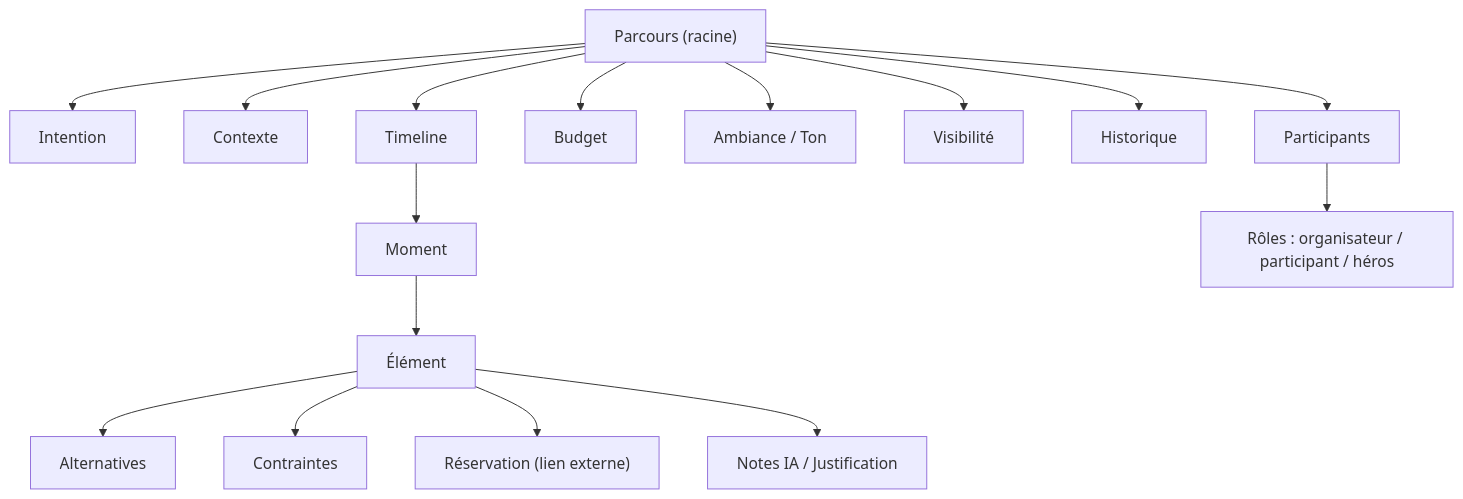
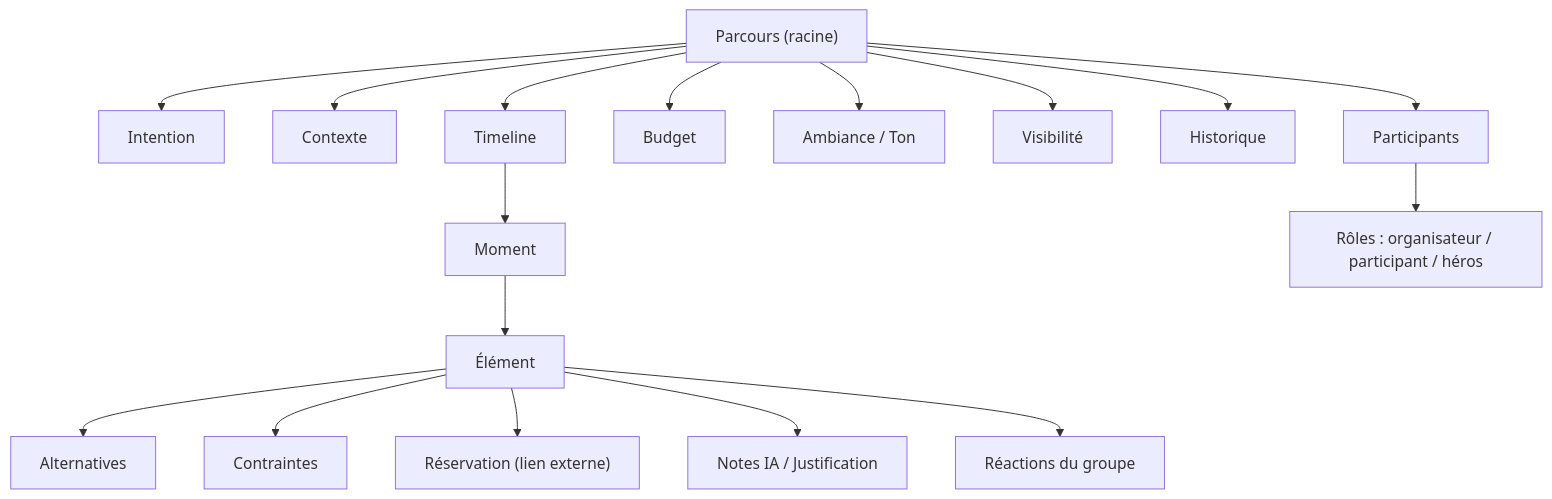
Before and after one commit to loties1533/experience-ai: the diagram in docs/06-modele-conceptuel.md, drawn with Mermaid. The commit also changed other lines of this file and 4 other files, not shown here.

````diff
--- a/docs/06-modele-conceptuel.md
+++ b/docs/06-modele-conceptuel.md
@@ -10,18 +10,19 @@
 ```mermaid
 graph TD
   P["Parcours (racine)"] --> I["Intention"]
   P --> C["Contexte"]
   P --> PA["Participants"]
   P --> B["Budget"]
   P --> AM["Ambiance / Ton"]
   P --> V["Visibilité"]
   P --> H["Historique"]
   P --> T["Timeline"]
   T --> M["Moment"]
   M --> E["Élément"]
   E --> ALT["Alternatives"]
   E --> CON["Contraintes"]
   E --> R["Réservation (lien externe)"]
   E --> N["Notes IA / Justification"]
+  E --> RE["Réactions du groupe"]
   PA --> RO["Rôles : organisateur / participant / héros"]
 ```
````
